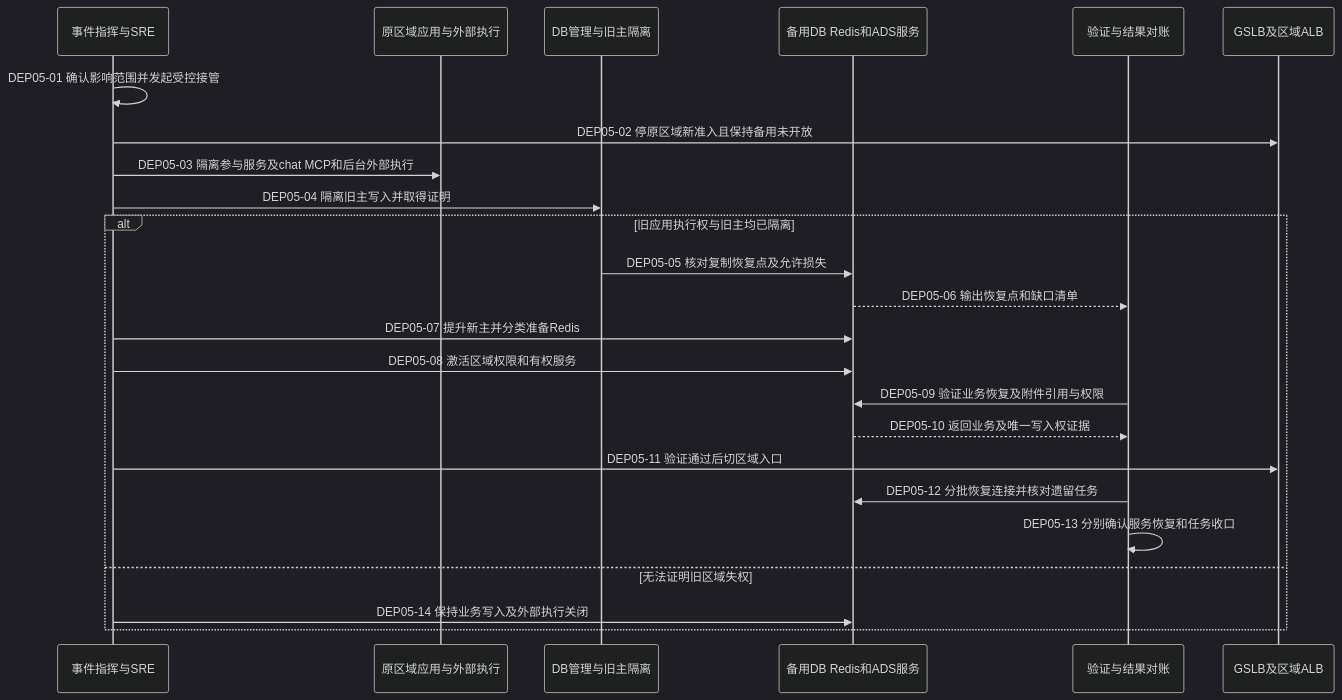
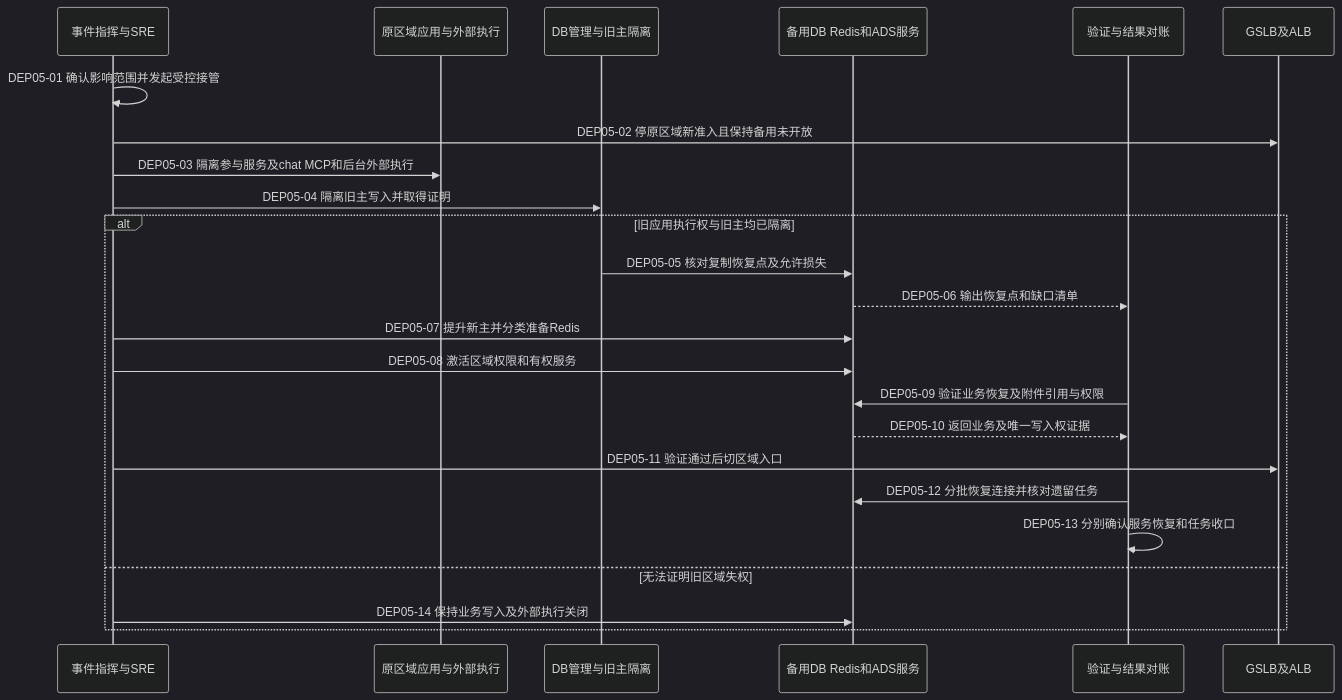
One commit to kunben-duck/exweb changed the sixth of 7 diagrams in docs/architecture/high-availability/deployment.md. Above: the diagram before and after it, drawn with Mermaid (dark theme). The commit also changed other lines of this file and 8 other files, not shown here.

````diff
--- a/docs/architecture/high-availability/deployment.md
+++ b/docs/architecture/high-availability/deployment.md
@@ -311,26 +316,26 @@
 ```mermaid
 sequenceDiagram
     participant IC as 事件指挥与SRE
     participant OLD as 原区域应用与外部执行
     participant DBA as DB管理与旧主隔离
     participant NEW as 备用DB Redis和ADS服务
     participant CHECK as 验证与结果对账
-    participant GSLB as GSLB及区域ALB
+    participant GSLB as GSLB及ALB
     IC->>IC: DEP05-01 确认影响范围并发起受控接管
     IC->>GSLB: DEP05-02 停原区域新准入且保持备用未开放
     IC->>OLD: DEP05-03 隔离参与服务及chat MCP和后台外部执行
     IC->>DBA: DEP05-04 隔离旧主写入并取得证明
     alt 旧应用执行权与旧主均已隔离
         DBA->>NEW: DEP05-05 核对复制恢复点及允许损失
         NEW-->>CHECK: DEP05-06 输出恢复点和缺口清单
         IC->>NEW: DEP05-07 提升新主并分类准备Redis
         IC->>NEW: DEP05-08 激活区域权限和有权服务
         CHECK->>NEW: DEP05-09 验证业务恢复及附件引用与权限
         NEW-->>CHECK: DEP05-10 返回业务及唯一写入权证据
         IC->>GSLB: DEP05-11 验证通过后切区域入口
         CHECK->>NEW: DEP05-12 分批恢复连接并核对遗留任务
         CHECK->>CHECK: DEP05-13 分别确认服务恢复和任务收口
     else 无法证明旧区域失权
         IC->>NEW: DEP05-14 保持业务写入及外部执行关闭
     end
 ```
````
